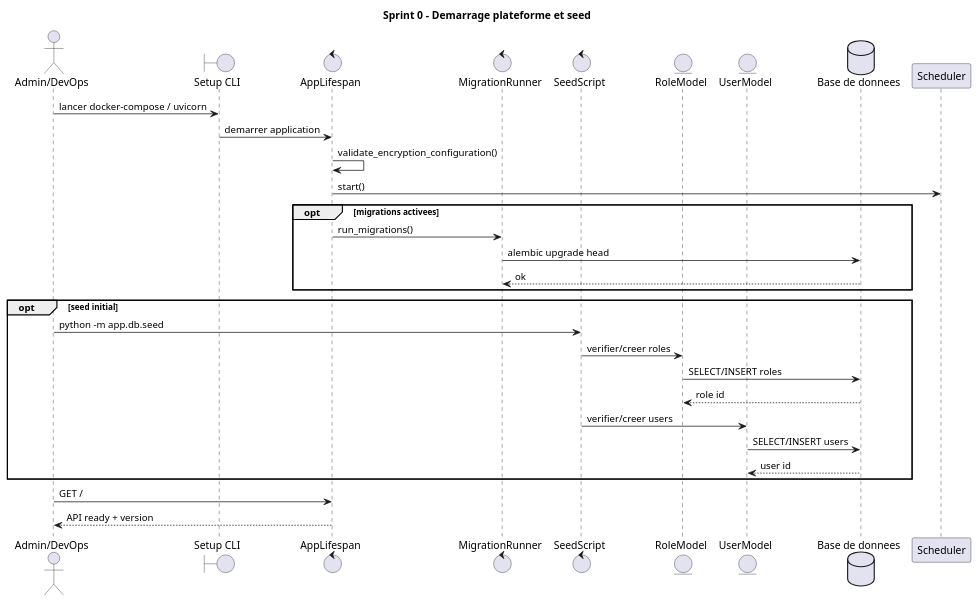
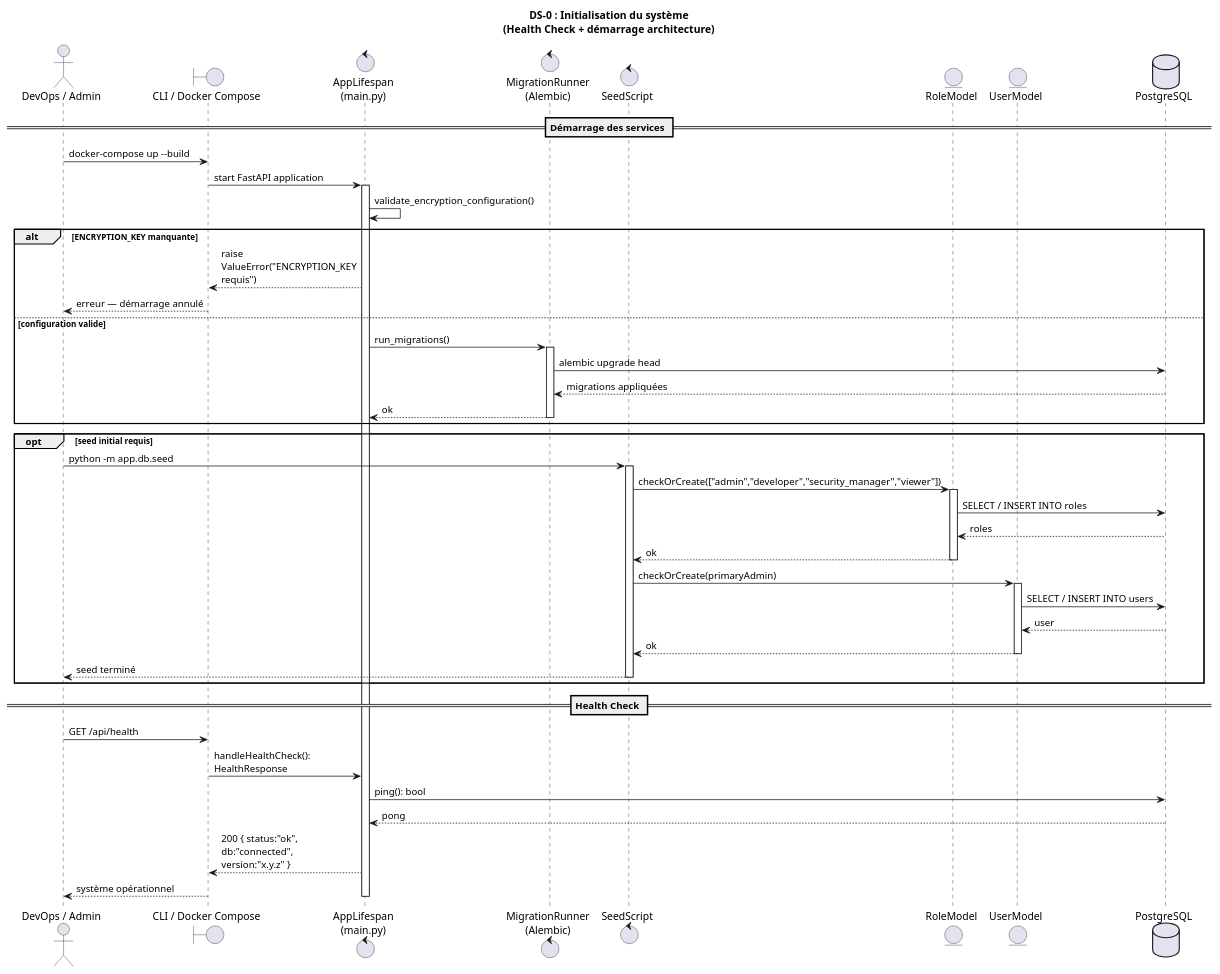
The diagram in docs/diagrams/sprint-0/sequence.puml (nouhaa3/invisithreat), drawn with PlantUML before and after one commit. The commit also changed 9 other files, not shown here.

First line of the commit message:
Add sequence diagram for DAST scan process using OWASP ZAP

```diff
--- a/docs/diagrams/sprint-0/sequence.puml
+++ b/docs/diagrams/sprint-0/sequence.puml
@@ -1,36 +1,60 @@
-@startuml
-title Sprint 0 - Demarrage plateforme et seed
-actor "Admin/DevOps" as ADM
-boundary "Setup CLI" as CLI
-control "AppLifespan" as APP
-control "MigrationRunner" as MIG
-control "SeedScript" as SEED
-entity "RoleModel" as ROLE
-entity "UserModel" as USER
-database "Base de donnees" as DB
-participant "Scheduler" as SCHED
+@startuml DS-0
+skinparam sequenceMessageAlign left
+skinparam maxMessageSize 180
+title DS-0 : Initialisation du système\n(Health Check + démarrage architecture)
 
-ADM -> CLI: lancer docker-compose / uvicorn
-CLI -> APP: demarrer application
-APP -> APP: validate_encryption_configuration()
-APP -> SCHED: start()
+actor       "DevOps / Admin"                    as ADM
+boundary    "CLI / Docker Compose"               as CLI
+control     "AppLifespan\n(main.py)"             as APP
+control     "MigrationRunner\n(Alembic)"         as MIG
+control     "SeedScript"                         as SEED
+entity      "RoleModel"                          as ROLE
+entity      "UserModel"                          as USER
+database    "PostgreSQL"                         as DB
 
-opt migrations activees
-APP -> MIG: run_migrations()
-MIG -> DB: alembic upgrade head
-DB --> MIG: ok
+== Démarrage des services ==
+ADM  ->  CLI  : docker-compose up --build
+CLI  ->  APP  : start FastAPI application
+activate APP
+APP  ->  APP  : validate_encryption_configuration()
+alt ENCRYPTION_KEY manquante
+    APP  --> CLI  : raise ValueError("ENCRYPTION_KEY requis")
+    CLI  --> ADM  : erreur — démarrage annulé
+else configuration valide
+    APP  ->  MIG  : run_migrations()
+    activate MIG
+    MIG  ->  DB   : alembic upgrade head
+    DB   --> MIG  : migrations appliquées
+    MIG  --> APP  : ok
+    deactivate MIG
 end
 
-opt seed initial
-ADM -> SEED: python -m app.db.seed
-SEED -> ROLE: verifier/creer roles
-ROLE -> DB: SELECT/INSERT roles
-DB --> ROLE: role id
-SEED -> USER: verifier/creer users
-USER -> DB: SELECT/INSERT users
-DB --> USER: user id
+opt seed initial requis
+    ADM  ->  SEED : python -m app.db.seed
+    activate SEED
+    SEED ->  ROLE : checkOrCreate(["admin","developer","security_manager","viewer"])
+    activate ROLE
+    ROLE ->  DB   : SELECT / INSERT INTO roles
+    DB   --> ROLE : roles
+    ROLE --> SEED : ok
+    deactivate ROLE
+    SEED ->  USER : checkOrCreate(primaryAdmin)
+    activate USER
+    USER ->  DB   : SELECT / INSERT INTO users
+    DB   --> USER : user
+    USER --> SEED : ok
+    deactivate USER
+    SEED --> ADM  : seed terminé
+    deactivate SEED
 end
 
-ADM -> APP: GET /
-APP --> ADM: API ready + version
+== Health Check ==
+ADM  ->  CLI  : GET /api/health
+CLI  ->  APP  : handleHealthCheck(): HealthResponse
+APP  ->  DB   : ping(): bool
+DB   --> APP  : pong
+APP  --> CLI  : 200 { status:"ok", db:"connected", version:"x.y.z" }
+CLI  --> ADM  : système opérationnel
+deactivate APP
+
 @enduml
```
